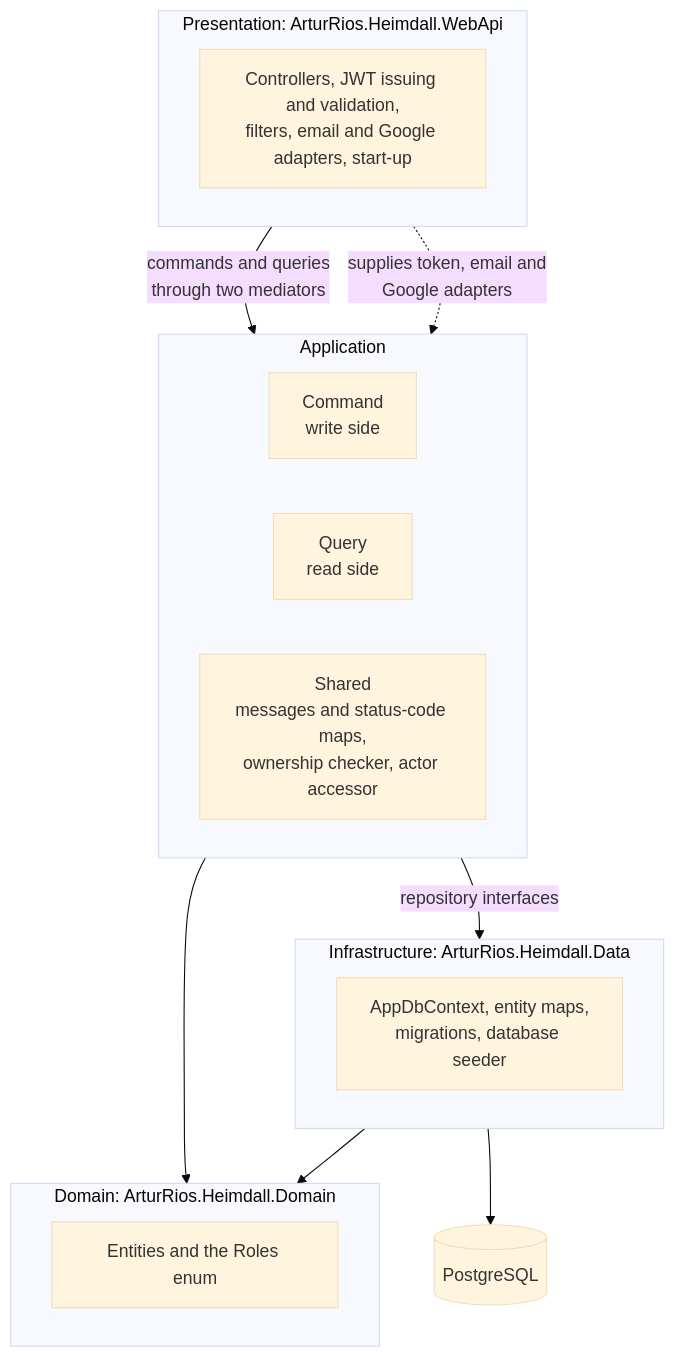
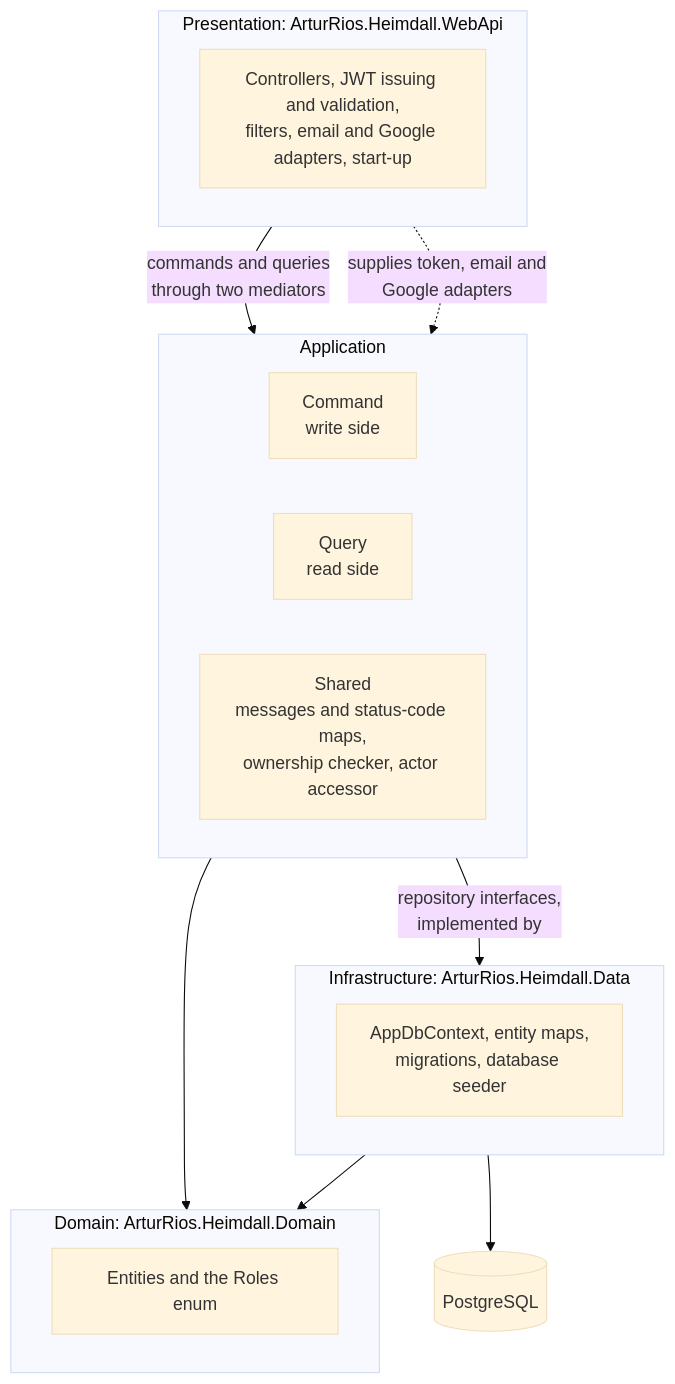
The second of 5 diagrams in content/en/docs/architecture/_index.md (artur-rios/heimdall-docs), drawn with Mermaid (base theme) before and after one commit. The commit also changed other lines of this file, not shown here.

Commit message:
fix: correct four heimdall architecture claims

````diff
--- a/content/en/docs/architecture/_index.md
+++ b/content/en/docs/architecture/_index.md
@@ -92,25 +93,25 @@
 ```mermaid
 flowchart TB
     subgraph pres["Presentation: ArturRios.Heimdall.WebApi"]
         ctrl["Controllers, JWT issuing and validation,<br/>filters, email and Google adapters, start-up"]
     end
     subgraph app["Application"]
         cmd["Command<br/>write side"]
         qry["Query<br/>read side"]
         shr["Shared<br/>messages and status-code maps,<br/>ownership checker, actor accessor"]
     end
     subgraph dom["Domain: ArturRios.Heimdall.Domain"]
         ent["Entities and the Roles enum"]
     end
     subgraph infra["Infrastructure: ArturRios.Heimdall.Data"]
         data["AppDbContext, entity maps,<br/>migrations, database seeder"]
     end
     pg[("PostgreSQL")]
 
     pres -->|"commands and queries<br/>through two mediators"| app
     app --> dom
-    app -->|"repository interfaces"| infra
+    app -->|"repository interfaces,<br/>implemented by"| infra
     infra --> dom
     infra --> pg
     pres -.->|"supplies token, email and<br/>Google adapters"| app
 ```
````
